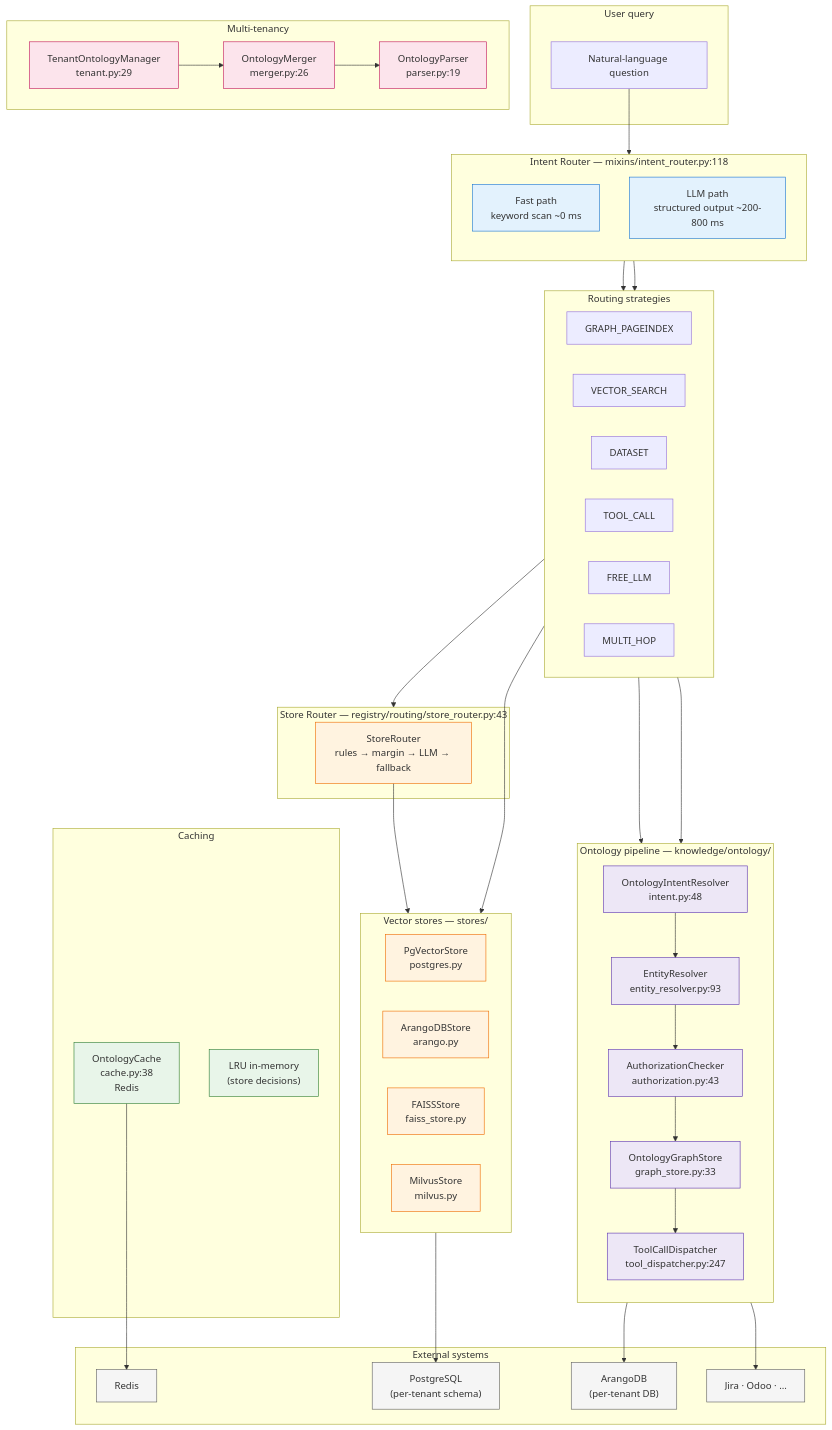
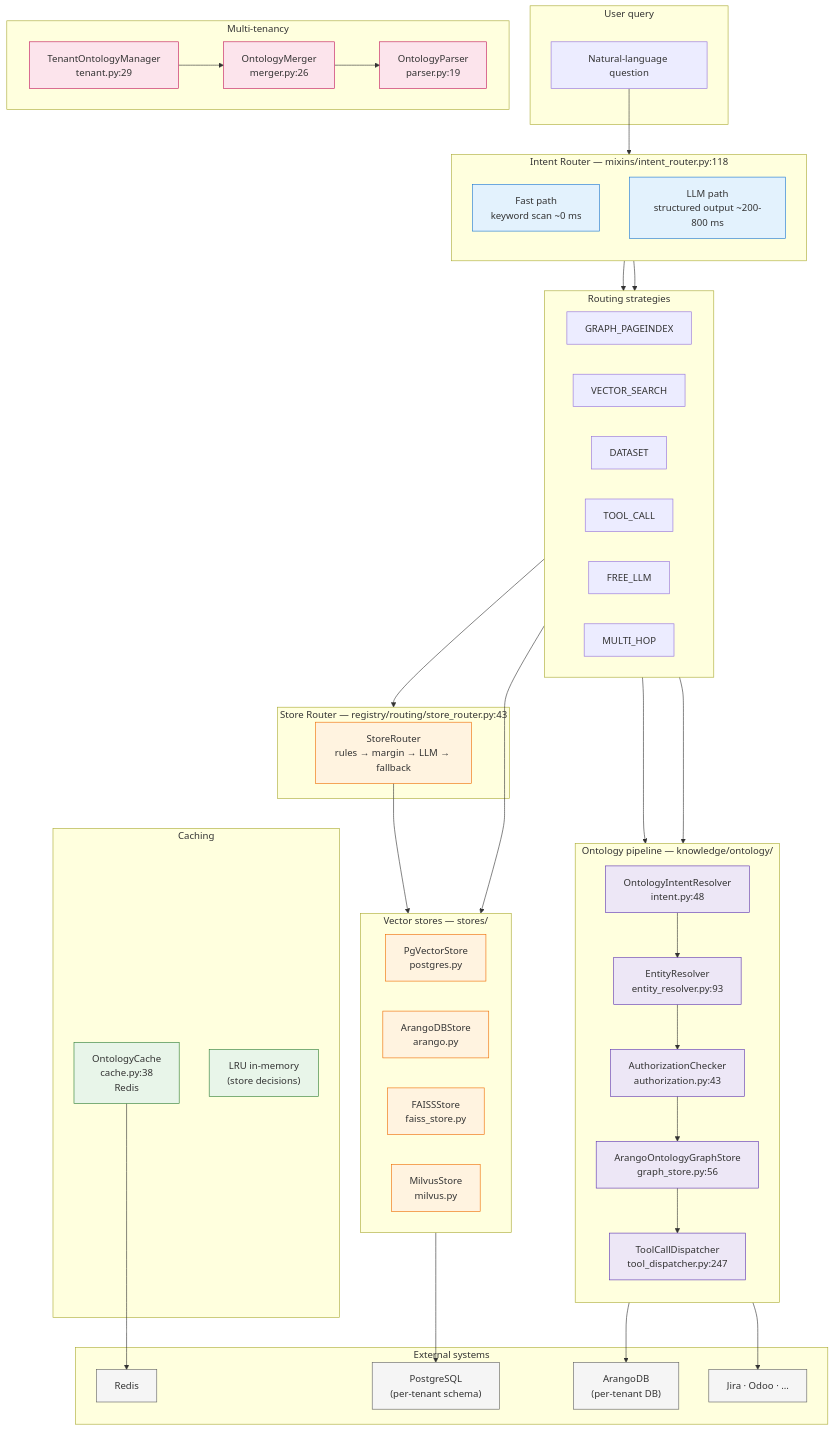
One commit to phenobarbital/ai-parrot changed the first of 8 diagrams in docs/architecture/09-ontologic-rag.md. Above: the diagram before and after it, drawn with Mermaid. The commit also changed other lines of this file and 10 other files, not shown here.

First line of the commit message:
fix(graphindex-core-seams): make wiki schema plane import-light and refresh ontologic-rag docs

```diff
--- a/docs/architecture/09-ontologic-rag.md
+++ b/docs/architecture/09-ontologic-rag.md
@@ -45,7 +45,7 @@
         IR["OntologyIntentResolver<br/>intent.py:48"]
         ER["EntityResolver<br/>entity_resolver.py:93"]
         AZ["AuthorizationChecker<br/>authorization.py:43"]
-        GS["OntologyGraphStore<br/>graph_store.py:33"]
+        GS["ArangoOntologyGraphStore<br/>graph_store.py:56"]
         TD["ToolCallDispatcher<br/>tool_dispatcher.py:247"]
     end
 
```
